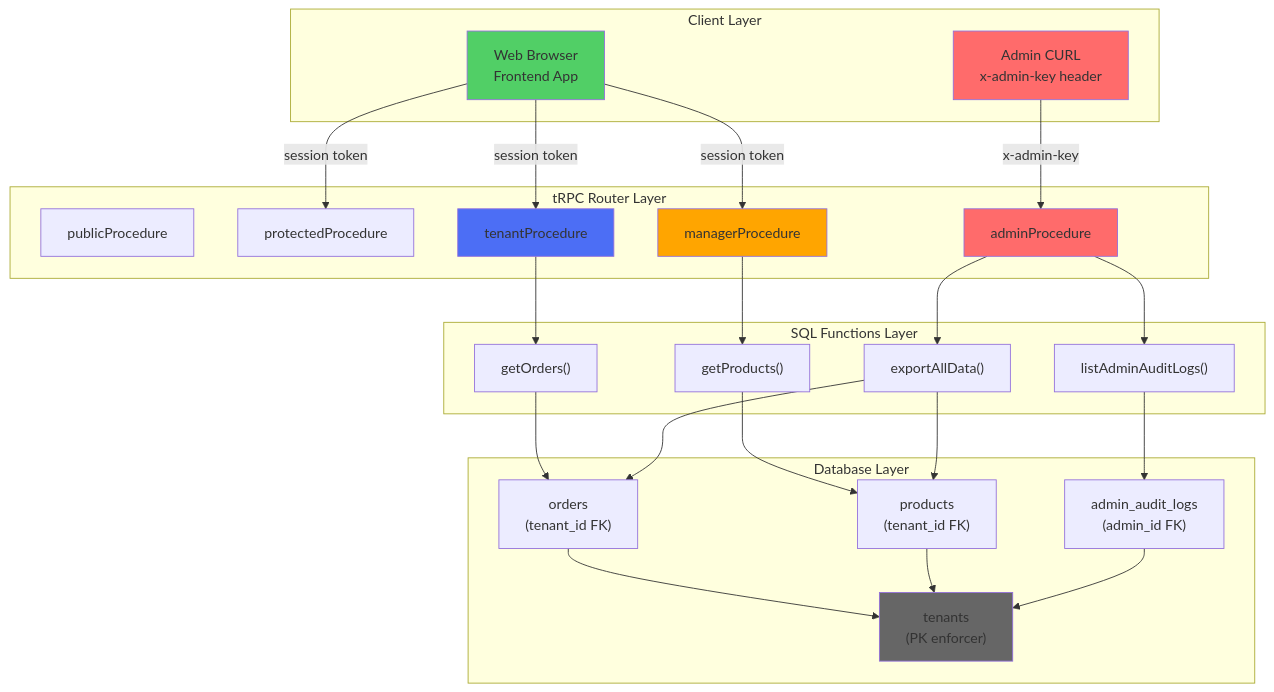
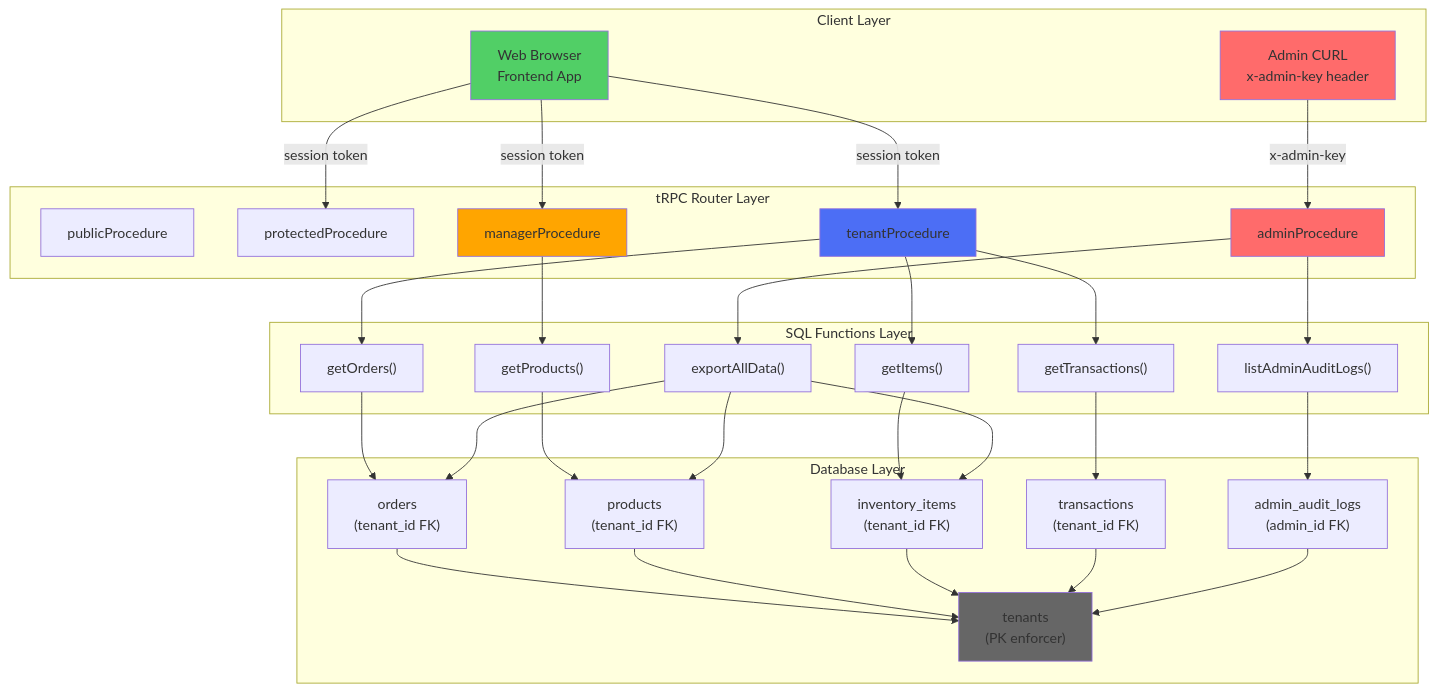
One commit to BarreraSlzr/orders_managment changed diagram 13 of 13 in RBAC_TENANCY_ARCHITECTURE.md. Above: the diagram before and after it, drawn with Mermaid. The commit also changed other lines of this file, not shown here.

Commit message:
feat(inventory): enhance RBAC and event-driven architecture for inventory management, including item, category, and transaction handling

````diff
--- a/RBAC_TENANCY_ARCHITECTURE.md
+++ b/RBAC_TENANCY_ARCHITECTURE.md
@@ -669,56 +964,67 @@
 ```mermaid
 graph TB
     subgraph "Client Layer"
         WEB["Web Browser<br/>Frontend App"]
         ADMIN["Admin CURL<br/>x-admin-key header"]
     end
 
     subgraph "tRPC Router Layer"
         PUB["publicProcedure"]
         PROT["protectedProcedure"]
         TENANT["tenantProcedure"]
         MANAGER["managerProcedure"]
         ADM["adminProcedure"]
     end
 
     subgraph "SQL Functions Layer"
         GETORD["getOrders()"]
         GETPROD["getProducts()"]
+        GETITEMS["getItems()"]
+        GETTRANS["getTransactions()"]
         EXPORT["exportAllData()"]
         GETAUDIT["listAdminAuditLogs()"]
     end
 
     subgraph "Database Layer"
         ORDERS_T["orders<br/>(tenant_id FK)"]
         PRODUCTS_T["products<br/>(tenant_id FK)"]
+        INVENTORY_T["inventory_items<br/>(tenant_id FK)"]
+        TRANS_T["transactions<br/>(tenant_id FK)"]
         AUDIT_T["admin_audit_logs<br/>(admin_id FK)"]
         TENANTS_T["tenants<br/>(PK enforcer)"]
     end
 
     WEB -->|session token| PROT
     WEB -->|session token| TENANT
     WEB -->|session token| MANAGER
     ADMIN -->|x-admin-key| ADM
 
     TENANT --> GETORD
+    TENANT --> GETITEMS
+    TENANT --> GETTRANS
     MANAGER --> GETPROD
     ADM --> GETAUDIT
     ADM --> EXPORT
 
     GETORD --> ORDERS_T
     GETPROD --> PRODUCTS_T
+    GETITEMS --> INVENTORY_T
+    GETTRANS --> TRANS_T
     GETAUDIT --> AUDIT_T
     EXPORT --> PRODUCTS_T
     EXPORT --> ORDERS_T
+    EXPORT --> INVENTORY_T
 
     ORDERS_T --> TENANTS_T
     PRODUCTS_T --> TENANTS_T
+    INVENTORY_T --> TENANTS_T
+    TRANS_T --> TENANTS_T
     AUDIT_T --> TENANTS_T
 
     style WEB fill:#51cf66
     style ADMIN fill:#ff6b6b
     style TENANT fill:#4c6ef5
     style MANAGER fill:#ffa500
     style ADM fill:#ff6b6b
     style TENANTS_T fill:#666
 ```
````
